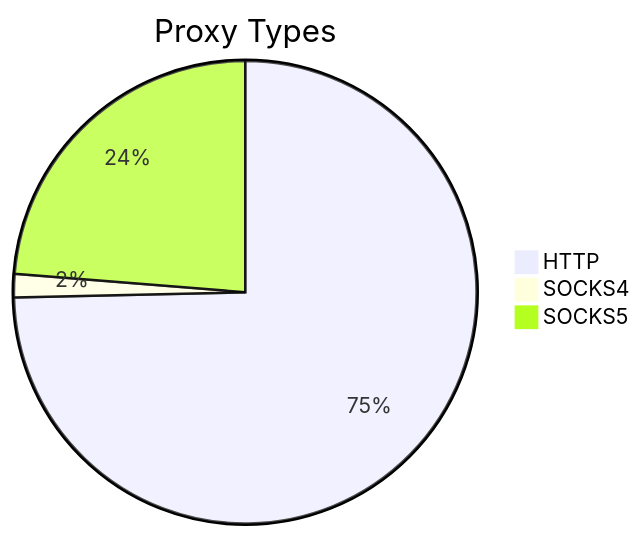
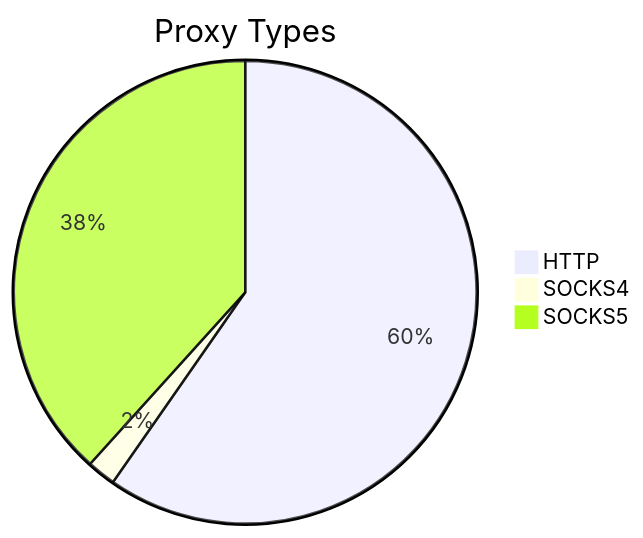
The first of 2 diagrams in README.md (stormsia/proxy-list), drawn with Mermaid before and after one commit. The commit also changed other lines of this file, not shown here.

````diff
--- a/README.md
+++ b/README.md
@@ -21,6 +21,6 @@
 ```mermaid
 pie title Proxy Types
-    "HTTP" : 1142
-    "SOCKS4" : 25
-    "SOCKS5" : 363
+    "HTTP" : 1125
+    "SOCKS4" : 38
+    "SOCKS5" : 722
 ```
````
